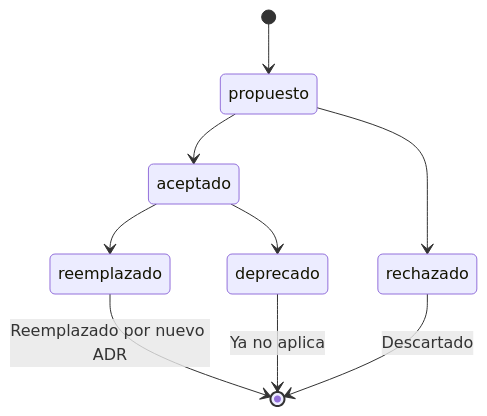
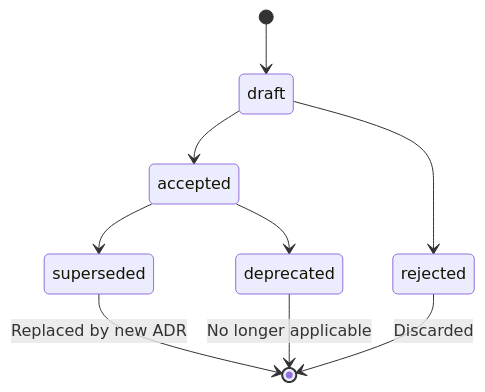
One commit to EugenioSerrano/Cooperator changed the diagram in devflow/adrs/README.md. Above: the diagram before and after it, drawn with Mermaid. The commit also changed other lines of this file and 198 other files, not shown here.

````diff
--- a/devflow/adrs/README.md
+++ b/devflow/adrs/README.md
@@ -48,11 +115,11 @@
 ```mermaid
 stateDiagram-v2
-    [*] --> propuesto
-    propuesto --> aceptado
-    propuesto --> rechazado
-    aceptado --> deprecado
-    aceptado --> reemplazado
-    reemplazado --> [*] : Reemplazado por nuevo ADR
-    deprecado --> [*] : Ya no aplica
-    rechazado --> [*] : Descartado
+    [*] --> draft
+    draft --> accepted
+    draft --> rejected
+    accepted --> deprecated
+    accepted --> superseded
+    superseded --> [*] : Replaced by new ADR
+    deprecated --> [*] : No longer applicable
+    rejected --> [*] : Discarded
 ```
````
